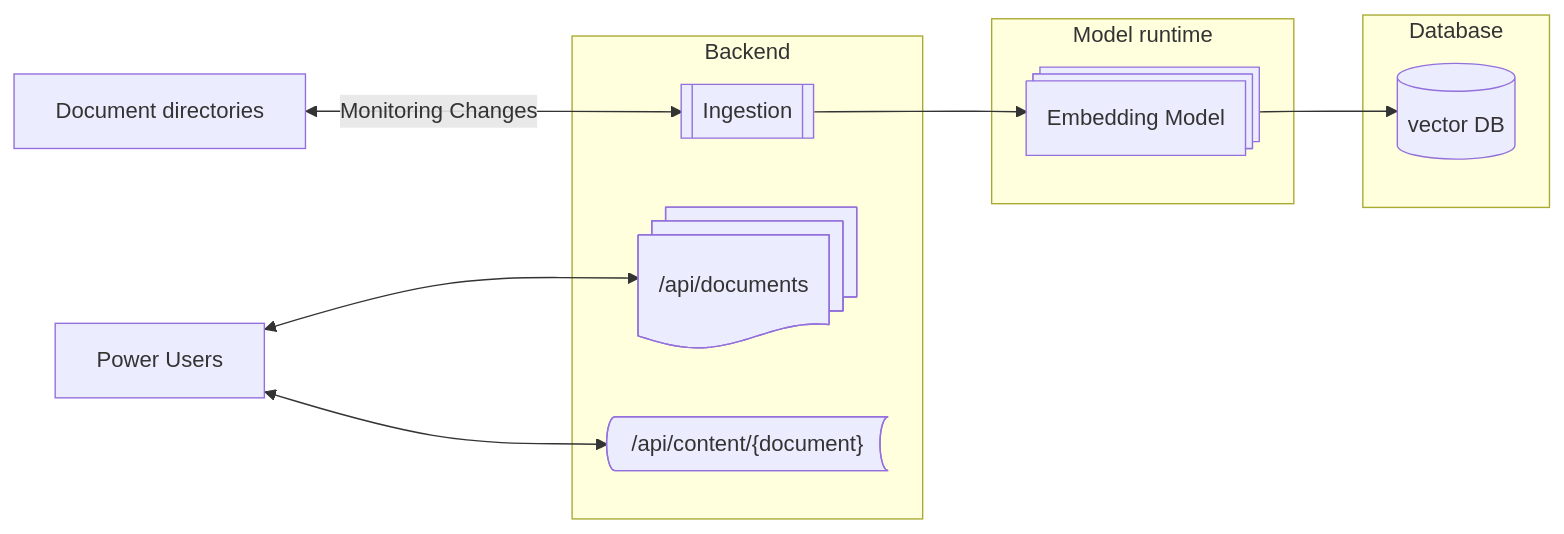
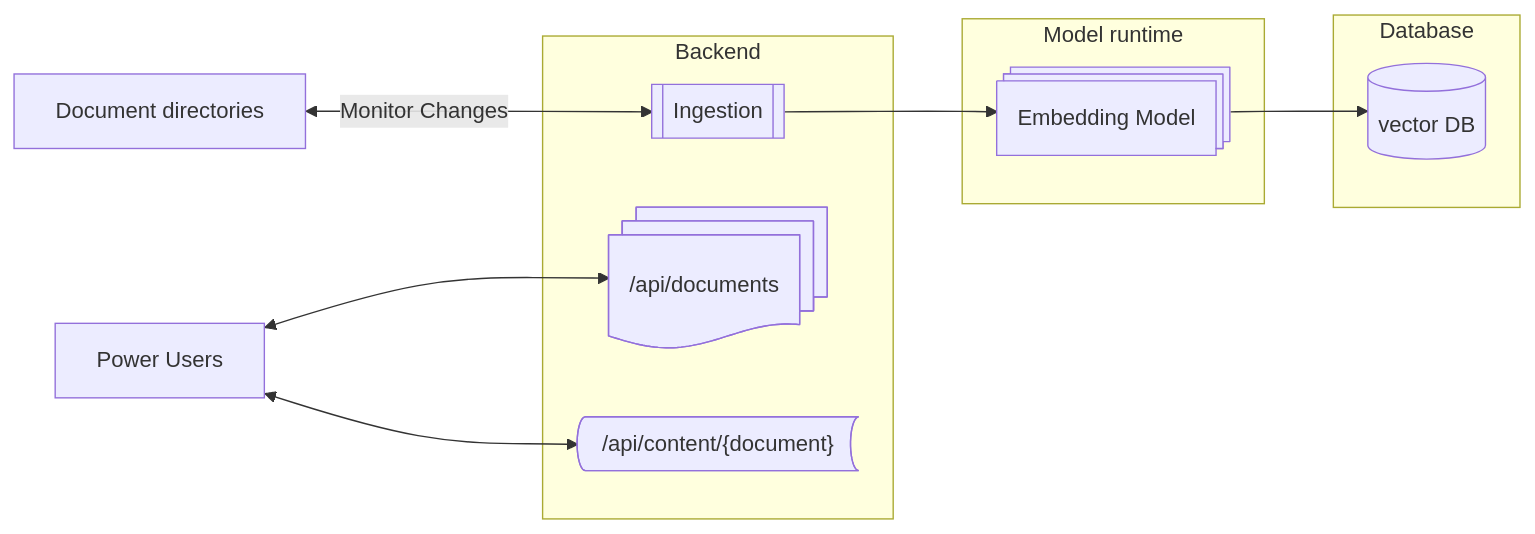
Before and after one commit to beezy-dev/abacc-rag: the first of 2 diagrams in DOCS/README.md, drawn with Mermaid. The commit also changed other lines of this file, not shown here.

````diff
--- a/DOCS/README.md
+++ b/DOCS/README.md
@@ -48,24 +48,24 @@
 ```mermaid
 flowchart LR
     Z[Power Users]
     I[Document directories]
 
     subgraph Backend
         C[[Ingestion]]
         H@{ shape: docs, label: "/api/documents"}
         K@{ shape: bow-rect, label: "/api/content/{document}"}
     end
 
     subgraph Database 
         D[(vector DB)]
     end
 
     subgraph Model runtime
         F@{ shape: processes, label: "Embedding Model" }
     end
 
     %% Document processing
-    I <-- "Monitoring Changes" --> C --> F --> D
+    I <-- "Monitor Changes" --> C --> F --> D
     %% Admins
     Z <--> H & K
 ```
````
